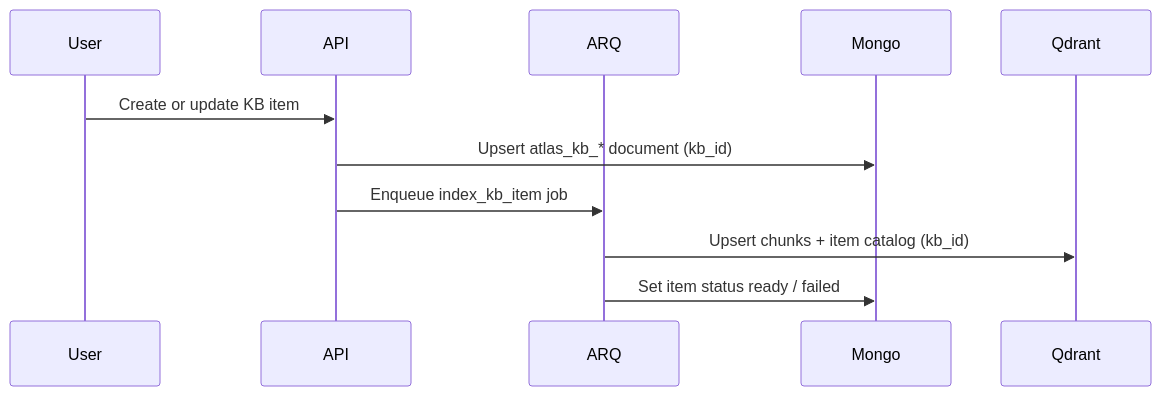
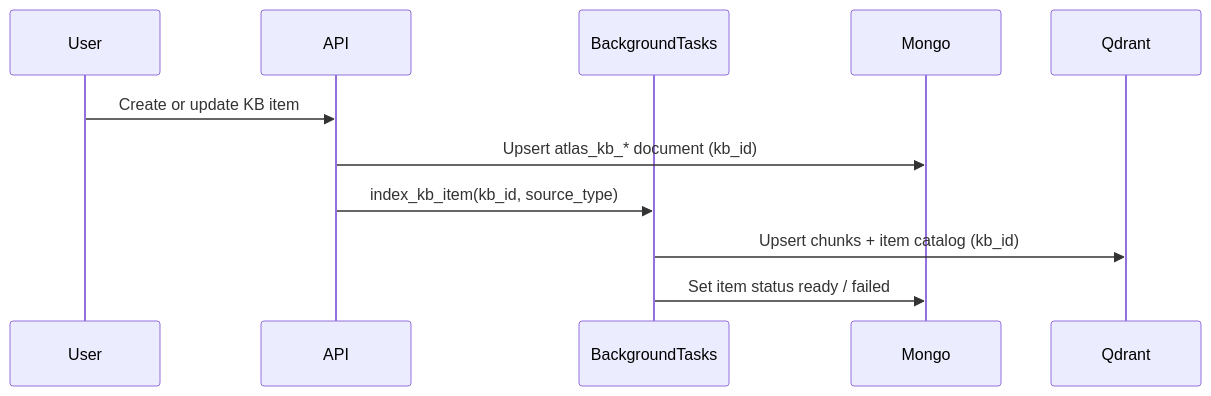
Before and after one commit to Shubhojeet-Ghosh/elysium-agents: the third of 3 diagrams in documentation/team-knowledge-bases-plan.md, drawn with Mermaid. The commit also changed other lines of this file and 38 other files, not shown here.

````diff
--- a/documentation/team-knowledge-bases-plan.md
+++ b/documentation/team-knowledge-bases-plan.md
@@ -397,14 +433,14 @@
 ```mermaid
 sequenceDiagram
     participant User
     participant API
-    participant ARQ
+    participant BG as BackgroundTasks
     participant Mongo
     participant Qdrant
 
     User->>API: Create or update KB item
     API->>Mongo: Upsert atlas_kb_* document (kb_id)
-    API->>ARQ: Enqueue index_kb_item job
-    ARQ->>Qdrant: Upsert chunks + item catalog (kb_id)
-    ARQ->>Mongo: Set item status ready / failed
+    API->>BG: index_kb_item(kb_id, source_type)
+    BG->>Qdrant: Upsert chunks + item catalog (kb_id)
+    BG->>Mongo: Set item status ready / failed
 ```
````
